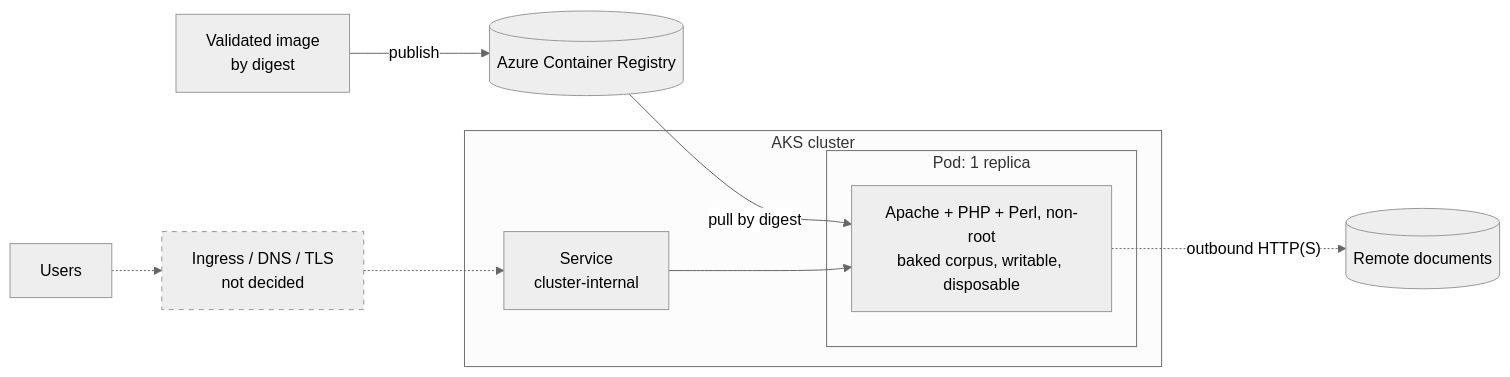
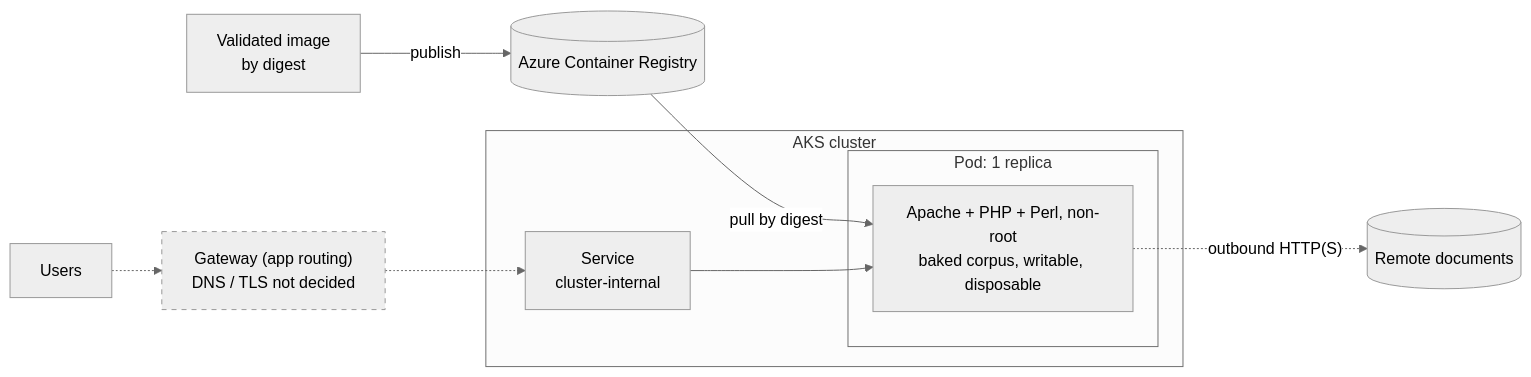
One commit to monkeywidget/Cmacc-Org changed the first of 2 diagrams in infra/managed-kubernetes.md. Above: the diagram before and after it, drawn with Mermaid (neutral theme). The commit also changed other lines of this file and 13 other files, not shown here.

````diff
--- a/infra/managed-kubernetes.md
+++ b/infra/managed-kubernetes.md
@@ -13,23 +13,23 @@
 ```mermaid
 flowchart LR
   build["Validated image<br/>by digest"]
   reg[("Azure Container Registry")]
   users["Users"]
-  entry["Ingress / DNS / TLS<br/>not decided"]
+  entry["Gateway (app routing)<br/>DNS / TLS not decided"]
   remote[("Remote documents")]
 
   subgraph cluster["AKS cluster"]
     svc["Service<br/>cluster-internal"]
     subgraph pod["Pod: 1 replica"]
       app["Apache + PHP + Perl, non-root<br/>baked corpus, writable, disposable"]
     end
   end
 
   build -->|"publish"| reg
   reg -->|"pull by digest"| app
   users -.-> entry -.-> svc --> app
   app -.->|"outbound HTTP(S)"| remote
 
   classDef open stroke-dasharray: 5 5
   class entry open
 ```
````
